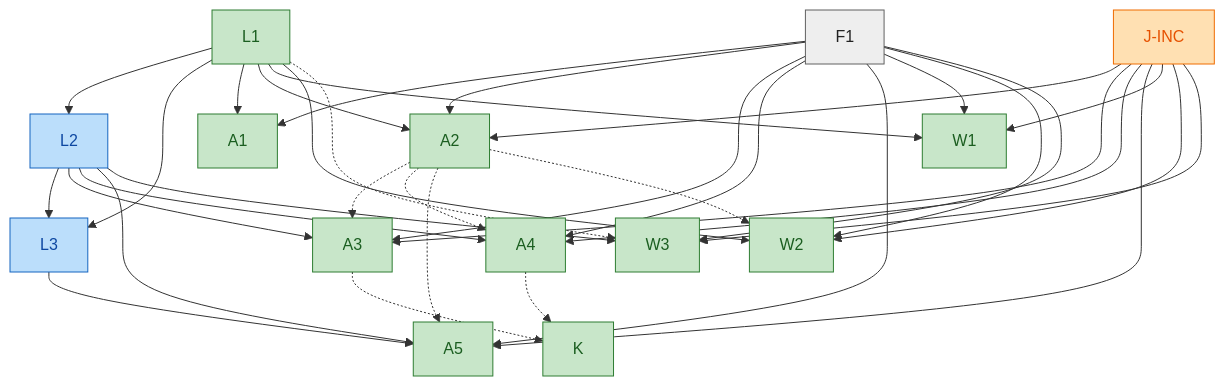
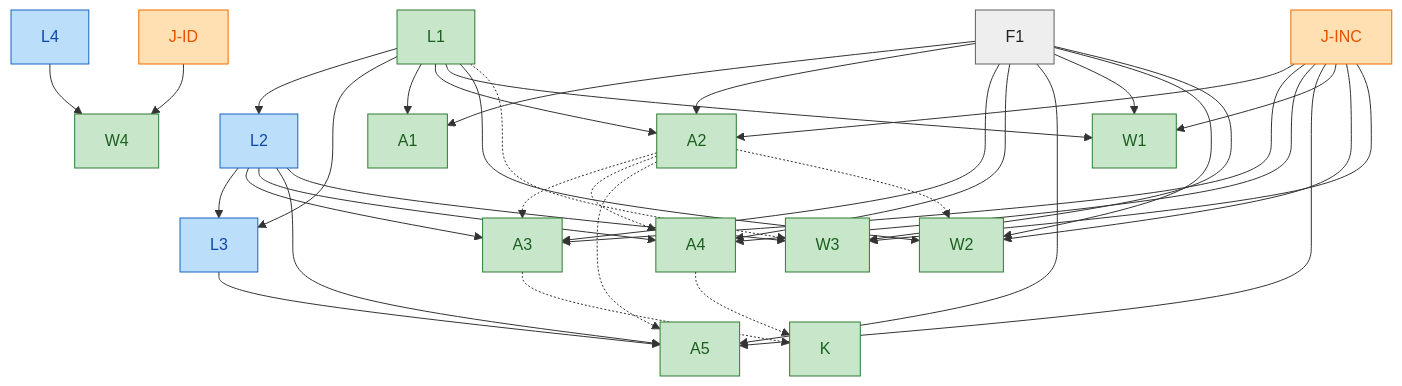
One commit to SeanWMurray/Canteen changed the second of 3 diagrams in docs/blueprint/debt-swap.md. Above: the diagram before and after it, drawn with Mermaid. The commit also changed other lines of this file and 6 other files, not shown here.

````diff
--- a/docs/blueprint/debt-swap.md
+++ b/docs/blueprint/debt-swap.md
@@ -72,56 +77,61 @@
 ```mermaid
 graph TD
   n0["L1"]:::proven
   n1["L2"]:::encoded
   n2["L3"]:::encoded
   n3["F1"]:::fact
   n4["J-INC"]:::judgment
   n5["A1"]:::proven
   n6["A2"]:::proven
   n7["A3"]:::proven
   n8["A4"]:::proven
   n9["A5"]:::proven
   n10["K"]:::proven
   n11["W1"]:::proven
   n12["W2"]:::proven
   n13["W3"]:::proven
+  n14["L4"]:::encoded
+  n15["J-ID"]:::judgment
+  n16["W4"]:::proven
   n0 --> n1
   n0 --> n2
   n1 --> n2
   n0 --> n5
   n3 --> n5
   n0 --> n6
   n3 --> n6
   n4 --> n6
   n1 --> n7
   n3 --> n7
   n4 --> n7
   n6 -.-> n7
   n1 --> n8
   n3 --> n8
   n4 --> n8
   n6 -.-> n8
   n1 --> n9
   n3 --> n9
   n4 --> n9
   n2 --> n9
   n6 -.-> n9
   n7 -.-> n10
   n8 -.-> n10
   n0 --> n11
   n3 --> n11
   n4 --> n11
   n0 --> n12
   n3 --> n12
   n4 --> n12
   n6 -.-> n12
   n1 --> n13
   n3 --> n13
   n4 --> n13
   n0 -.-> n13
+  n14 --> n16
+  n15 --> n16
   classDef proven fill:#c8e6c9,stroke:#2e7d32,color:#1b5e20
   classDef encoded fill:#bbdefb,stroke:#1565c0,color:#0d47a1
   classDef fact fill:#eeeeee,stroke:#616161,color:#212121
   classDef judgment fill:#ffe0b2,stroke:#ef6c00,color:#e65100
   classDef notFormalized fill:#ffffff,stroke:#c62828,color:#b71c1c,stroke-dasharray:5 5
 ```
````
